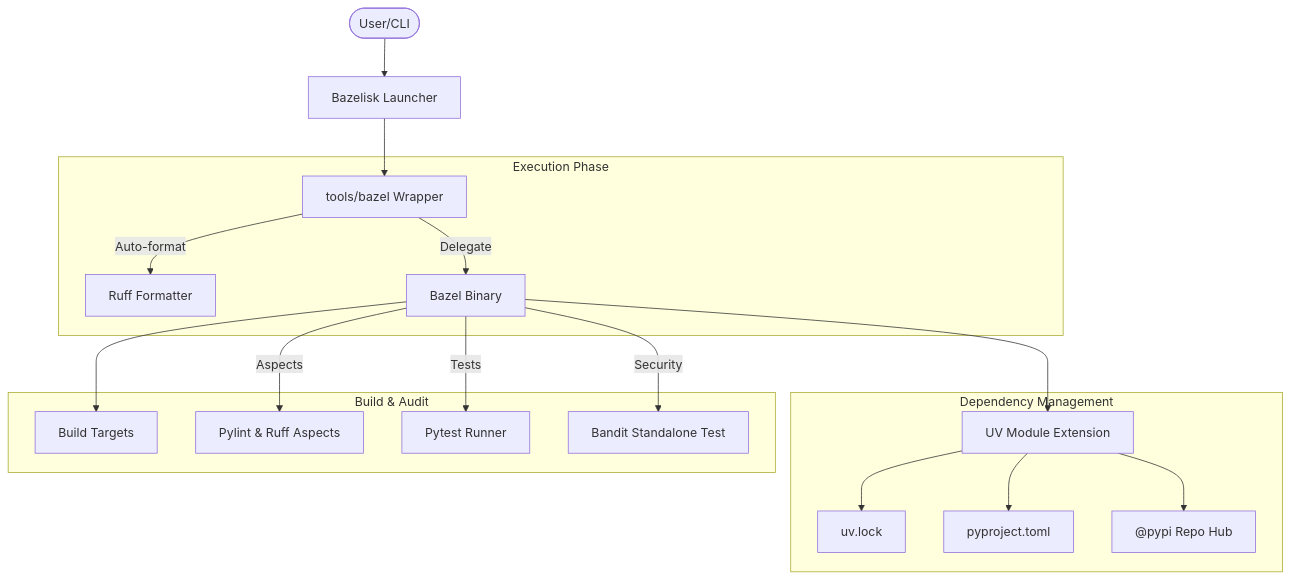
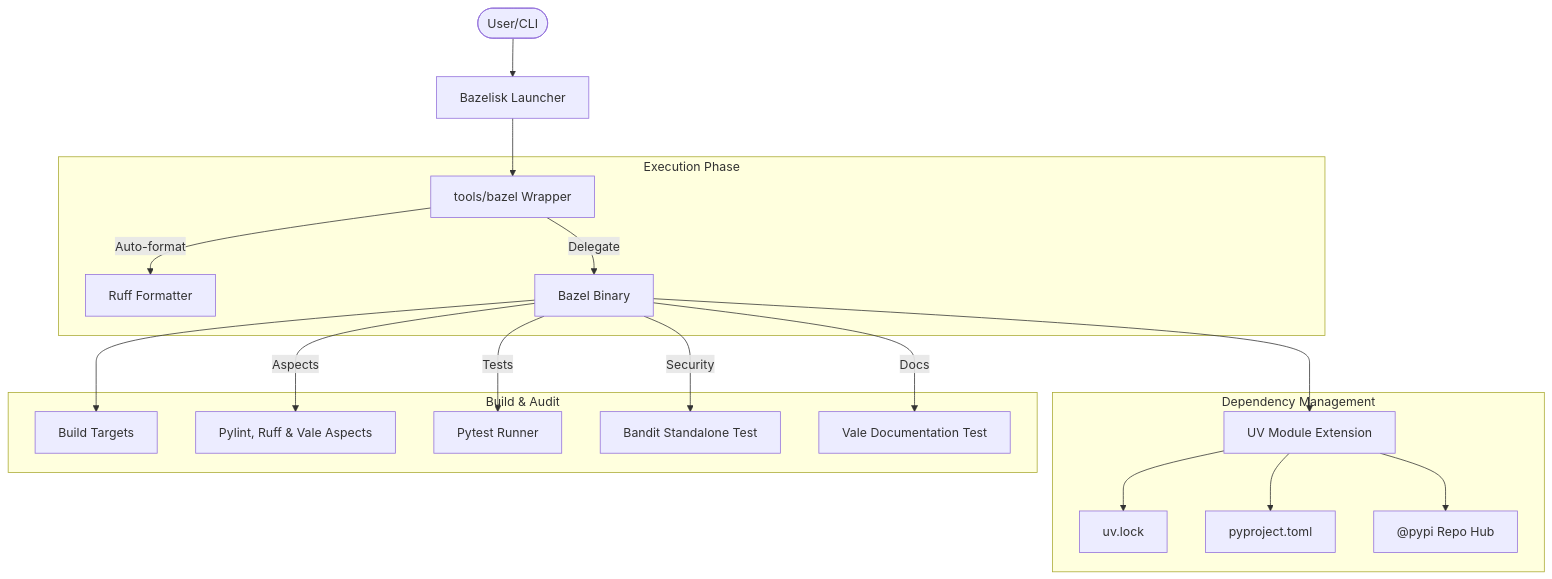
Before and after one commit to craigdbarber/python-aspect-rules: the diagram in build-architecture.md, drawn with Mermaid.

Commit message:
docs: update architecture diagram to include vale

````diff
--- a/build-architecture.md
+++ b/build-architecture.md
@@ -15,24 +15,25 @@
 ```mermaid
 flowchart TD
     User(["User/CLI"]) --> Bazelisk["Bazelisk Launcher"]
     Bazelisk --> Wrapper["tools/bazel Wrapper"]
     
     subgraph EXEC ["Execution Phase"]
         Wrapper -->|"Auto-format"| RuffFmt["Ruff Formatter"]
         Wrapper -->|"Delegate"| BazelBin["Bazel Binary"]
     end
     
     subgraph DEP ["Dependency Management"]
         BazelBin --> UVExt["UV Module Extension"]
         UVExt --> UVLock["uv.lock"]
         UVExt --> PyProject["pyproject.toml"]
         UVExt --> Hub["@pypi Repo Hub"]
     end
     
     subgraph AUDIT ["Build & Audit"]
         BazelBin --> Targets["Build Targets"]
-        BazelBin -->|"Aspects"| Linters["Pylint & Ruff Aspects"]
+        BazelBin -->|"Aspects"| Linters["Pylint, Ruff & Vale Aspects"]
         BazelBin -->|"Tests"| Pytest["Pytest Runner"]
         BazelBin -->|"Security"| Bandit["Bandit Standalone Test"]
+        BazelBin -->|"Docs"| Vale["Vale Documentation Test"]
     end
 ```
````
